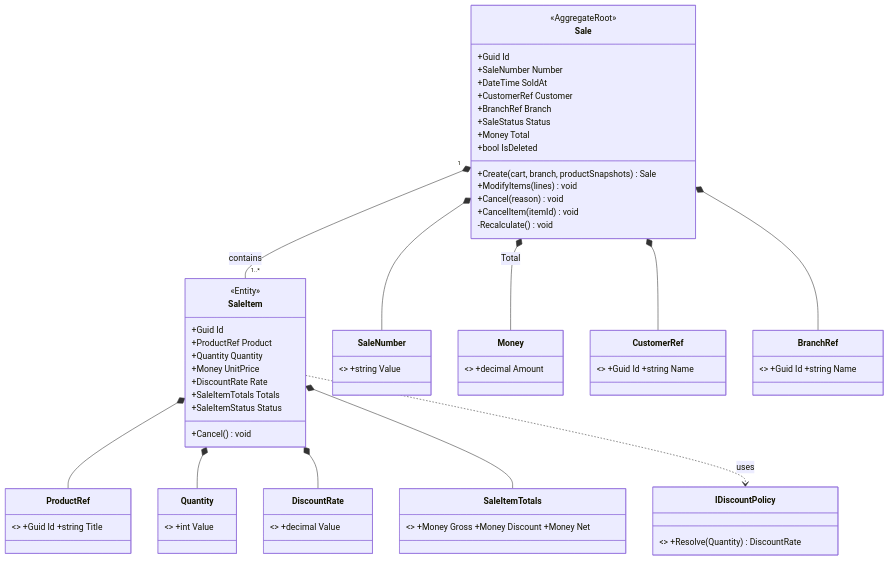
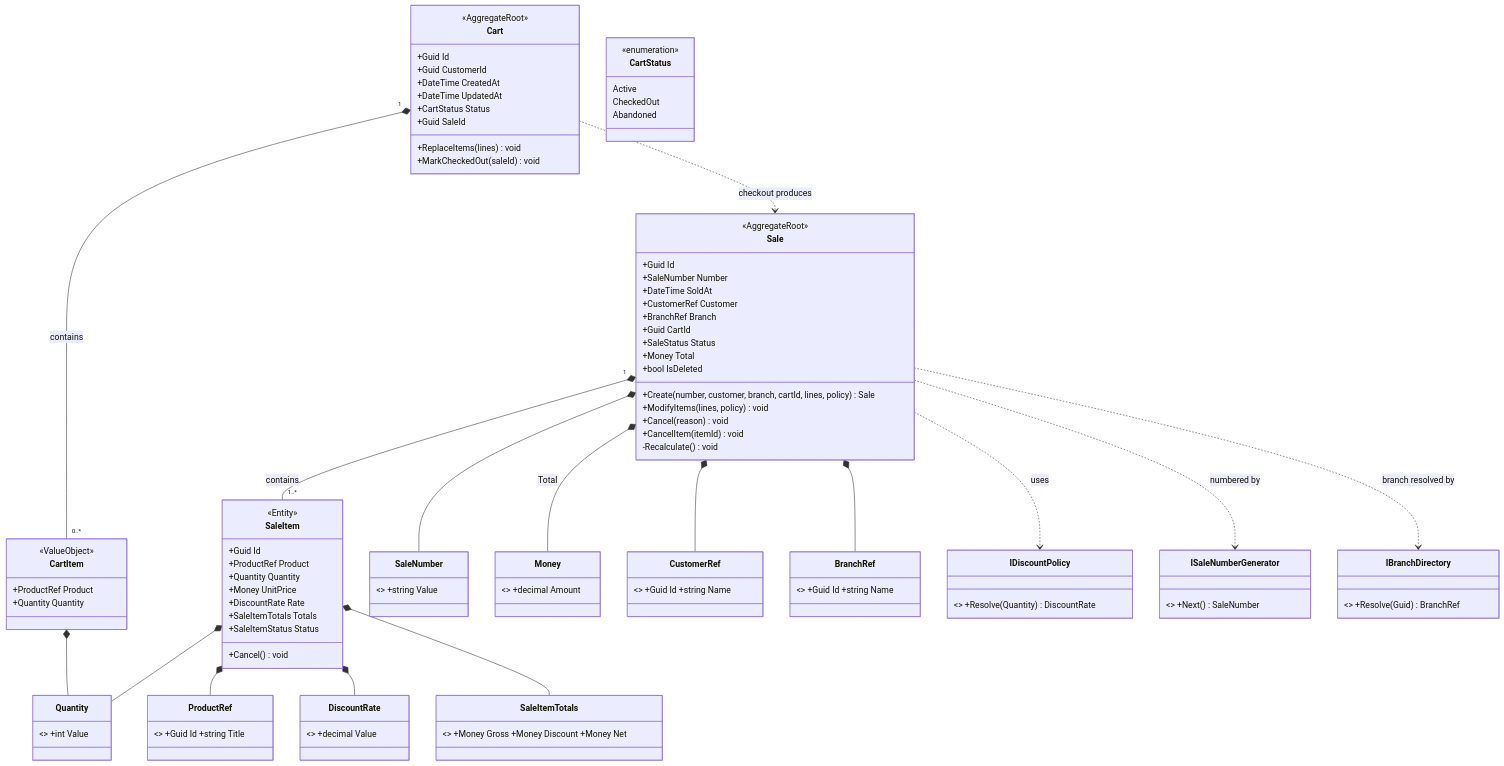
The fifth of 6 diagrams in .doc/my-own/diagrams.md (dante-escame/abi-gth-omnia-dev-eval), drawn with Mermaid before and after one commit. The commit also changed other lines of this file and 1 other file, not shown here.

````diff
--- a/.doc/my-own/diagrams.md
+++ b/.doc/my-own/diagrams.md
@@ -148,50 +127,81 @@
 ```mermaid
 classDiagram
+    class Cart {
+        <<AggregateRoot>>
+        +Guid Id
+        +Guid CustomerId
+        +DateTime CreatedAt
+        +DateTime UpdatedAt
+        +CartStatus Status
+        +Guid SaleId
+        +ReplaceItems(lines) void
+        +MarkCheckedOut(saleId) void
+    }
+    class CartItem {
+        <<ValueObject>>
+        +ProductRef Product
+        +Quantity Quantity
+    }
+    class CartStatus {
+        <<enumeration>>
+        Active
+        CheckedOut
+        Abandoned
+    }
     class Sale {
         <<AggregateRoot>>
         +Guid Id
         +SaleNumber Number
         +DateTime SoldAt
         +CustomerRef Customer
         +BranchRef Branch
+        +Guid CartId
         +SaleStatus Status
         +Money Total
         +bool IsDeleted
-        +Create(cart, branch, productSnapshots) Sale
-        +ModifyItems(lines) void
+        +Create(number, customer, branch, cartId, lines, policy) Sale
+        +ModifyItems(lines, policy) void
         +Cancel(reason) void
         +CancelItem(itemId) void
         -Recalculate() void
     }
     class SaleItem {
         <<Entity>>
         +Guid Id
         +ProductRef Product
         +Quantity Quantity
         +Money UnitPrice
         +DiscountRate Rate
         +SaleItemTotals Totals
         +SaleItemStatus Status
         +Cancel() void
     }
     class SaleNumber { <<ValueObject>> +string Value }
     class Money { <<ValueObject>> +decimal Amount }
     class Quantity { <<ValueObject>> +int Value }
     class DiscountRate { <<ValueObject>> +decimal Value }
     class CustomerRef { <<ValueObject>> +Guid Id +string Name }
     class BranchRef { <<ValueObject>> +Guid Id +string Name }
     class ProductRef { <<ValueObject>> +Guid Id +string Title }
     class SaleItemTotals { <<ValueObject>> +Money Gross +Money Discount +Money Net }
     class IDiscountPolicy { <<DomainService>> +Resolve(Quantity) DiscountRate }
+    class ISaleNumberGenerator { <<DomainService>> +Next() SaleNumber }
+    class IBranchDirectory { <<DomainService>> +Resolve(Guid) BranchRef }
+
+    Cart "1" *-- "0..*" CartItem : contains
+    CartItem *-- Quantity
+    Cart ..> Sale : checkout produces
 
     Sale "1" *-- "1..*" SaleItem : contains
     Sale *-- SaleNumber
     Sale *-- CustomerRef
     Sale *-- BranchRef
     Sale *-- Money : Total
     SaleItem *-- ProductRef
     SaleItem *-- Quantity
     SaleItem *-- DiscountRate
     SaleItem *-- SaleItemTotals
-    SaleItem ..> IDiscountPolicy : uses
+    Sale ..> IDiscountPolicy : uses
+    Sale ..> ISaleNumberGenerator : numbered by
+    Sale ..> IBranchDirectory : branch resolved by
 ```
````
